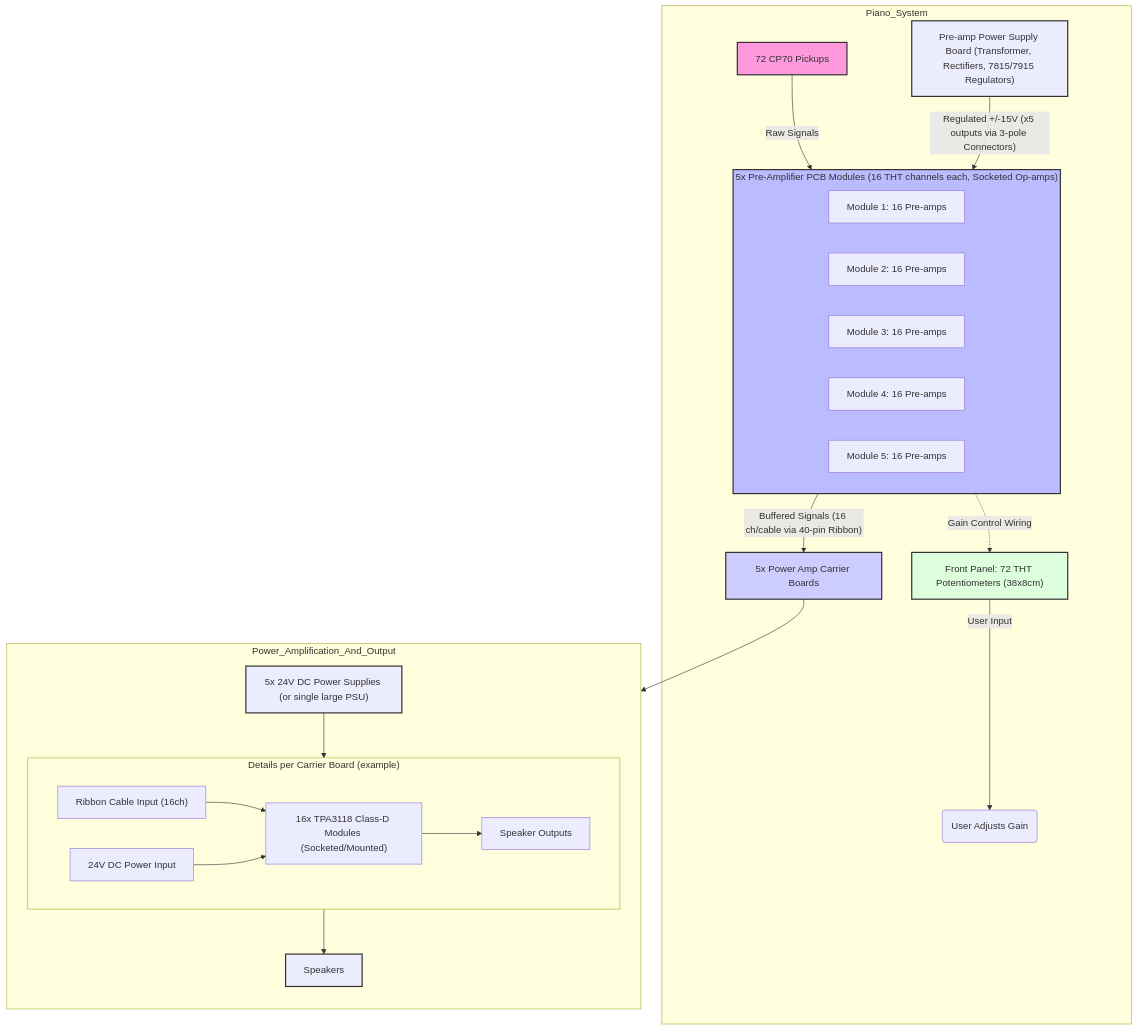
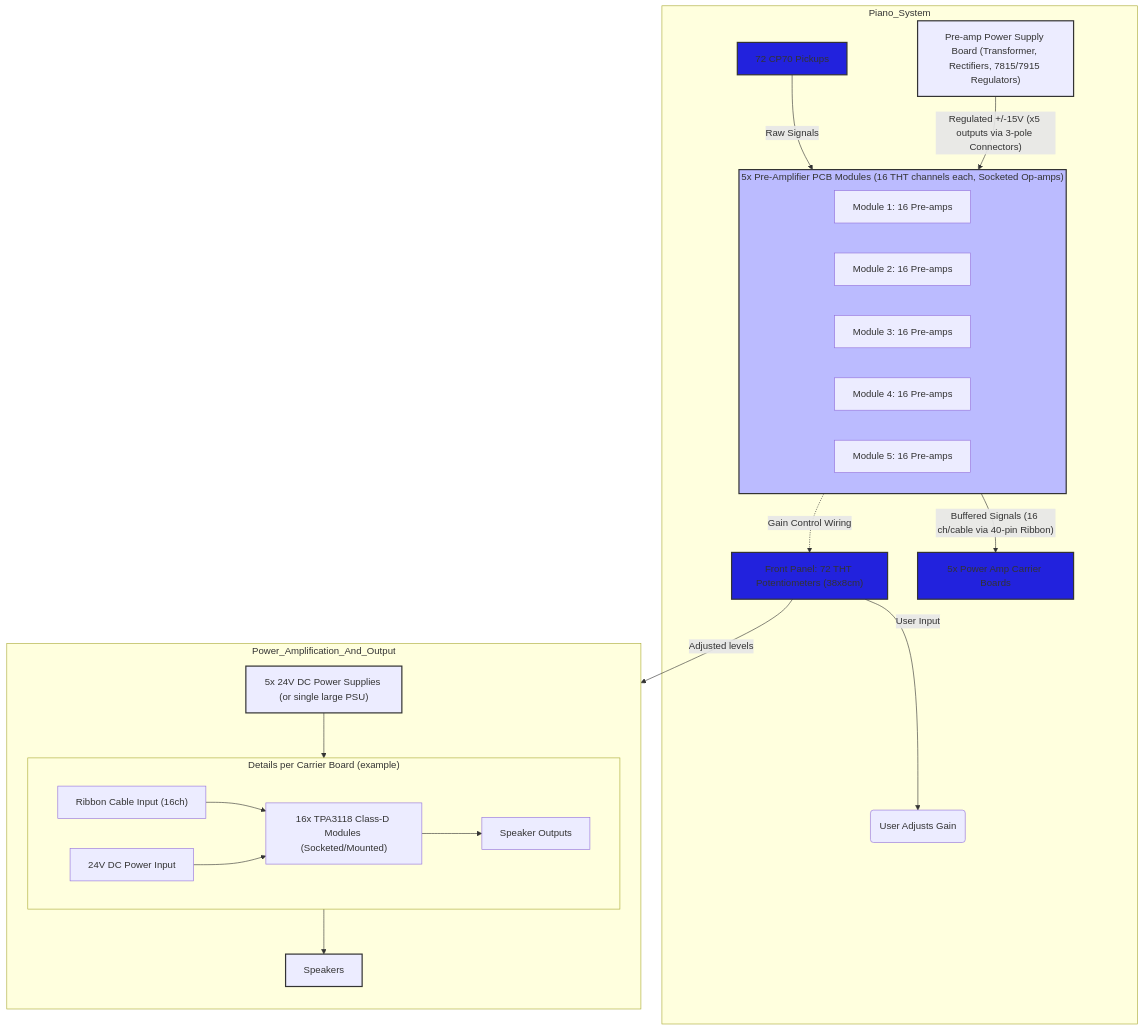
Before and after one commit to edwin-oetelaar/CP70_preamp: the diagram in documentation/design_decisions.md, drawn with Mermaid.

````diff
--- a/documentation/design_decisions.md
+++ b/documentation/design_decisions.md
@@ -121,50 +121,50 @@
 ```mermaid
-graph TD
-    subgraph Piano_System
+   graph TD
+   subgraph Piano_System
         PUs[72 CP70 Pickups] -->|Raw Signals| PreAmp_PCBs
         PreAmp_PCBs -.->|Gain Control Wiring| Pots_Panel
-        Pots_Panel -->|User Input| User(User Adjusts Gain)
-
+        Pots_Panel -->|User Input| User(User Adjusts Gain)   
         subgraph PreAmp_PCBs["5x Pre-Amplifier PCB Modules (16 THT channels each, Socketed Op-amps)"]
             direction LR
             PCB1[Module 1: 16 Pre-amps]
             PCB2[Module 2: 16 Pre-amps]
             PCB3[Module 3: 16 Pre-amps]
             PCB4[Module 4: 16 Pre-amps]
             PCB5[Module 5: 16 Pre-amps]
         end
 
         Pots_Panel["Front Panel: 72 THT Potentiometers (38x8cm)"]
 
         PreAmp_PCBs -->|"Buffered Signals (16 ch/cable via 40-pin Ribbon)"| PowerAmp_Carrier_Boards
 
         PreAmp_PowerSupply_Board["Pre-amp Power Supply Board (Transformer, Rectifiers, 7815/7915 Regulators)"]
         PreAmp_PowerSupply_Board -->|"Regulated +/-15V (x5 outputs via 3-pole Connectors)"| PreAmp_PCBs
     end
 
     subgraph Power_Amplification_And_Output
         direction TB
         PowerAmp_Carrier_Boards["5x Power Amp Carrier Boards"]
         subgraph PowerAmp_Carrier_Boards_Details["Details per Carrier Board (example)"]
             direction LR
             Input_From_PreAmp_Ribbon["Ribbon Cable Input (16ch)"] --> TPA_Modules_Mounted
             TPA_Modules_Mounted["16x TPA3118 Class-D Modules (Socketed/Mounted)"] --> Speaker_Outputs[Speaker Outputs]
+            Pots_Panel -->|Adjusted levels|TPA_Modules_Mounted 
             PA_Power_Input[24V DC Power Input] --> TPA_Modules_Mounted
         end
-        PowerAmp_Carrier_Boards --> PA_Power_Input
+        
 
         PA_Power_Supplies["5x 24V DC Power Supplies (or single large PSU)"]
         PA_Power_Supplies --> PA_Power_Input
 
         Speaker_Outputs --> Speakers[Speakers]
     end
 
 
-    style PUs fill:#f9d,stroke:#333,stroke-width:2px
+    style PUs fill:#22d,stroke:#333,stroke-width:2px
     style PreAmp_PCBs fill:#bbf,stroke:#333,stroke-width:2px
-    style Pots_Panel fill:#dfd,stroke:#333,stroke-width:2px
+    style Pots_Panel fill:#22d,stroke:#333,stroke-width:2px
     style PreAmp_PowerSupply_Board fill:#orange,stroke:#333,stroke-width:2px
-    style PowerAmp_Carrier_Boards fill:#ccf,stroke:#333,stroke-width:2px
+    style PowerAmp_Carrier_Boards fill:#22d,stroke:#333,stroke-width:2px
     style PA_Power_Supplies fill:#orange,stroke:#333,stroke-width:2px
     style Speakers fill:#grey,stroke:#333,stroke-width:2px
 ```
````
